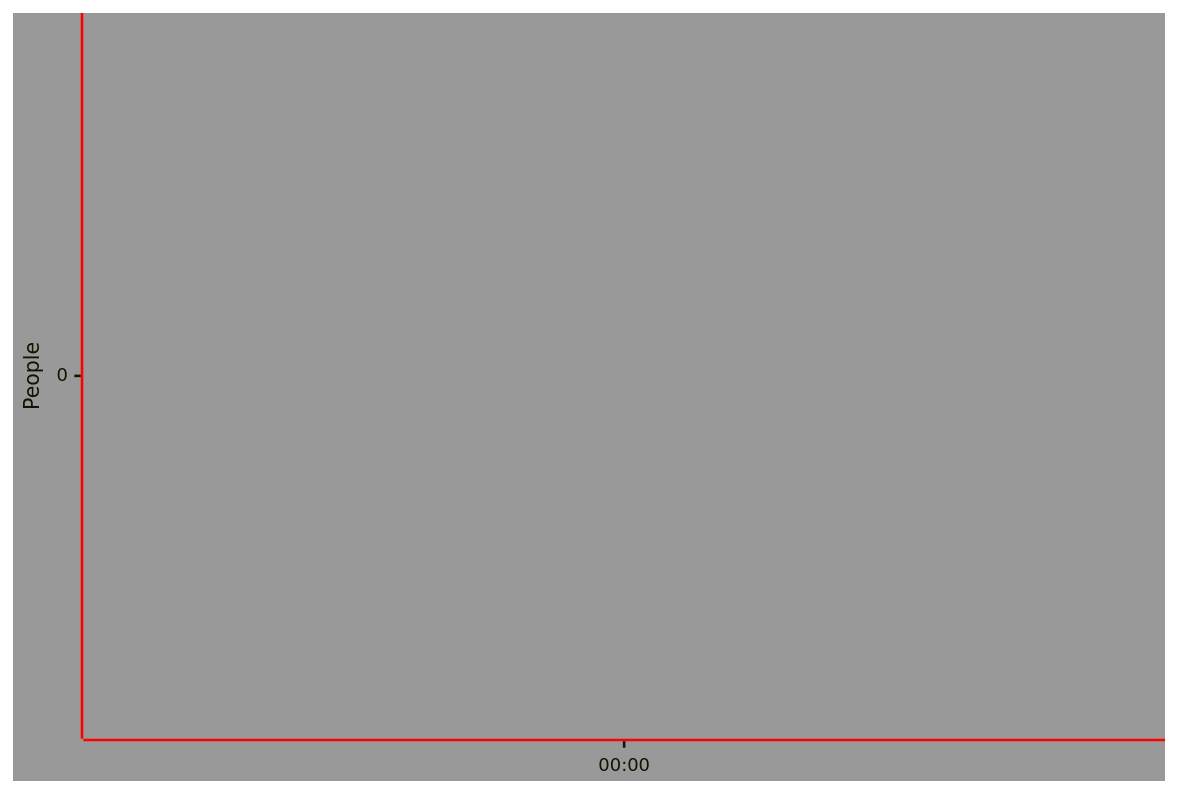
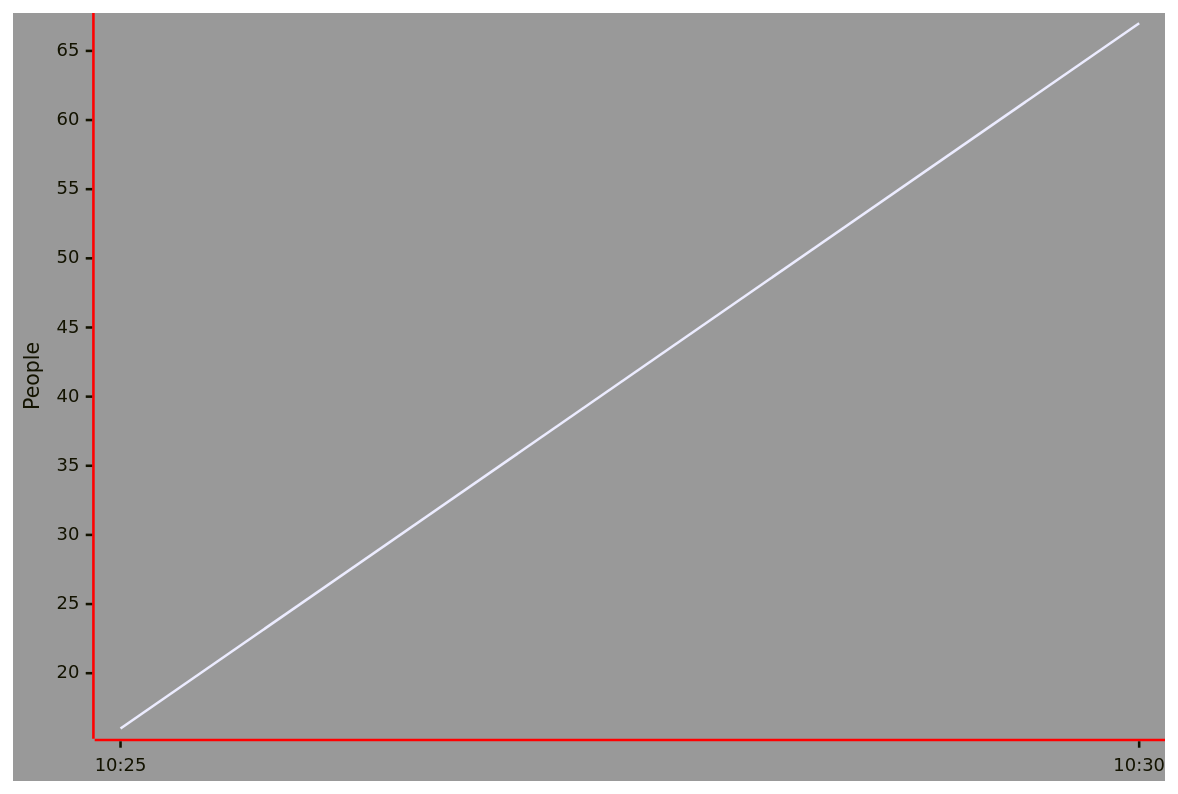
Before and after one commit to a-lalin/schwimmbad-metrics: the diagram in graphs/metric_last_hour.md, drawn with Mermaid.

Commit message:
Update chart for 2026-02-03 11

````diff
--- a/graphs/metric_last_hour.md
+++ b/graphs/metric_last_hour.md
@@ -1,21 +1,21 @@
 ```mermaid
 ---
 config: 
   xyChart: 
     width: 900 
     height: 600 
     showDataLabel: true
     showTitle: false
   themeVariables: 
     xyChart:
       backgroundColor: "#999999"
       titleColor: "#ff0000"
       xAxisLineColor: "#ff0000"
       yAxisLineColor: "#ff0000"
 ---
 xychart-beta
   title "Stadthallenbad"
-  x-axis ["00:00"]
+  x-axis ["10:25", "10:30"]
   y-axis "People"
-  line [0]
+  line [16, 67]
 ```
````
